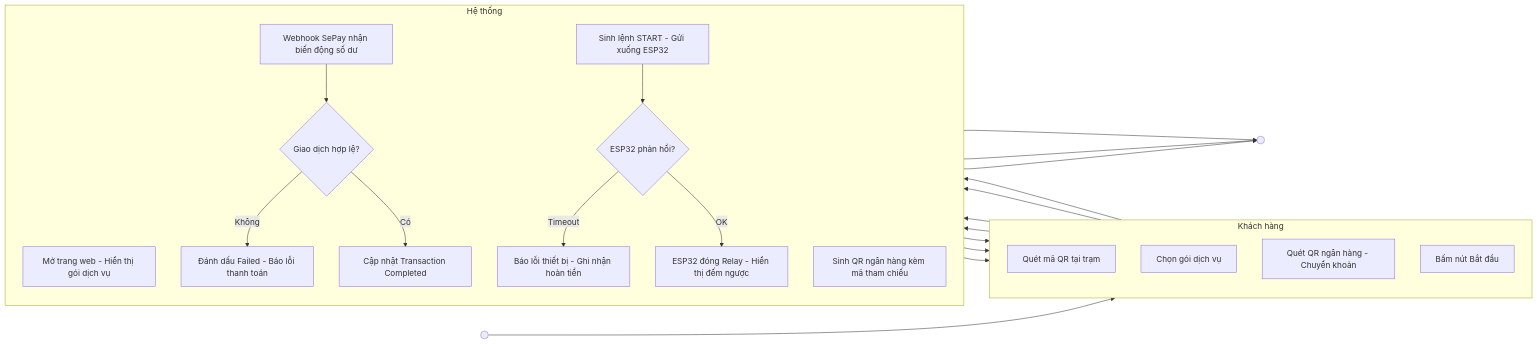
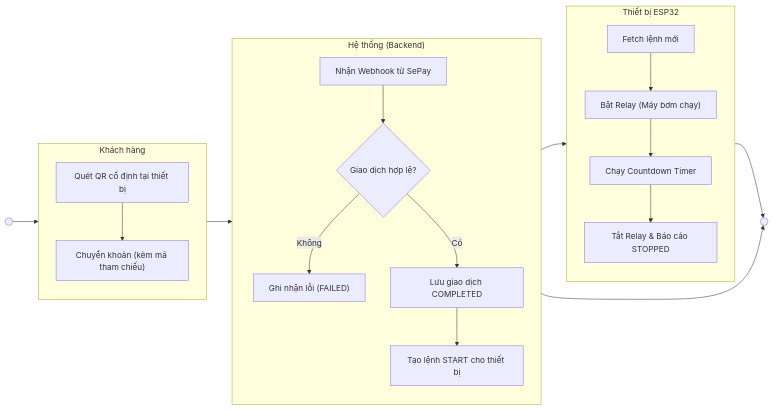
One commit to ngogiaquyen/acw-srs changed diagram 15 of 18 in documents/activity-diagrams.md. Above: the diagram before and after it, drawn with Mermaid. The commit also changed other lines of this file and 23 other files, not shown here.

````diff
--- a/documents/activity-diagrams.md
+++ b/documents/activity-diagrams.md
@@ -358,28 +362,26 @@
 ```mermaid
 flowchart LR
   subgraph KH["Khách hàng"]
     direction TB
-    a1[Quét mã QR tại trạm]
-    a2[Chọn gói dịch vụ]
-    a3[Quét QR ngân hàng - Chuyển khoản]
-    a4[Bấm nút Bắt đầu]
+    a1["Quét QR cố định tại thiết bị"]
+    a2["Chuyển khoản (kèm mã tham chiếu)"]
   end
-  subgraph HT["Hệ thống"]
+  subgraph HT["Hệ thống (Backend)"]
     direction TB
-    b1[Mở trang web - Hiển thị gói dịch vụ]
-    b2[Sinh QR ngân hàng kèm mã tham chiếu]
-    b3[Webhook SePay nhận biến động số dư]
-    b4{Giao dịch hợp lệ?}
-    b5[Đánh dấu Failed - Báo lỗi thanh toán]
-    b6[Cập nhật Transaction Completed]
-    b7[Sinh lệnh START - Gửi xuống ESP32]
-    b8{ESP32 phản hồi?}
-    b9[Báo lỗi thiết bị - Ghi nhận hoàn tiền]
-    b10[ESP32 đóng Relay - Hiển thị đếm ngược]
+    b1["Nhận Webhook từ SePay"]
+    b2{"Giao dịch hợp lệ?"}
+    b3["Ghi nhận lỗi (FAILED)"]
+    b4["Lưu giao dịch COMPLETED"]
+    b5["Tạo lệnh START cho thiết bị"]
   end
-  S(( )) --> a1 --> b1 --> a2 --> b2 --> a3 --> b3 --> b4
-  b4 -->|Không| b5 --> E(( ))
-  b4 -->|Có| b6 --> a4 --> b7 --> b8
-  b8 -->|Timeout| b9 --> E
-  b8 -->|OK| b10 --> E
+  subgraph IOT["Thiết bị ESP32"]
+    direction TB
+    c1["Fetch lệnh mới"]
+    c2["Bật Relay (Máy bơm chạy)"]
+    c3["Chạy Countdown Timer"]
+    c4["Tắt Relay & Báo cáo STOPPED"]
+  end
+  S(( )) --> a1 --> a2 --> b1 --> b2
+  b2 -->|Không| b3 --> E(( ))
+  b2 -->|Có| b4 --> b5 --> c1 --> c2 --> c3 --> c4 --> E
 ```
````
